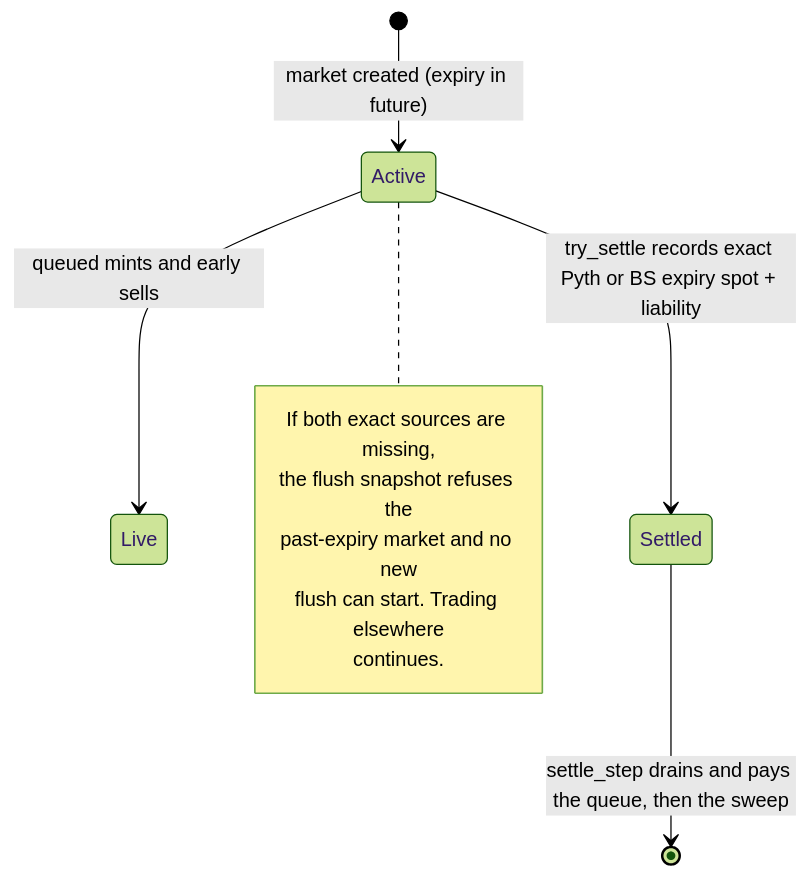
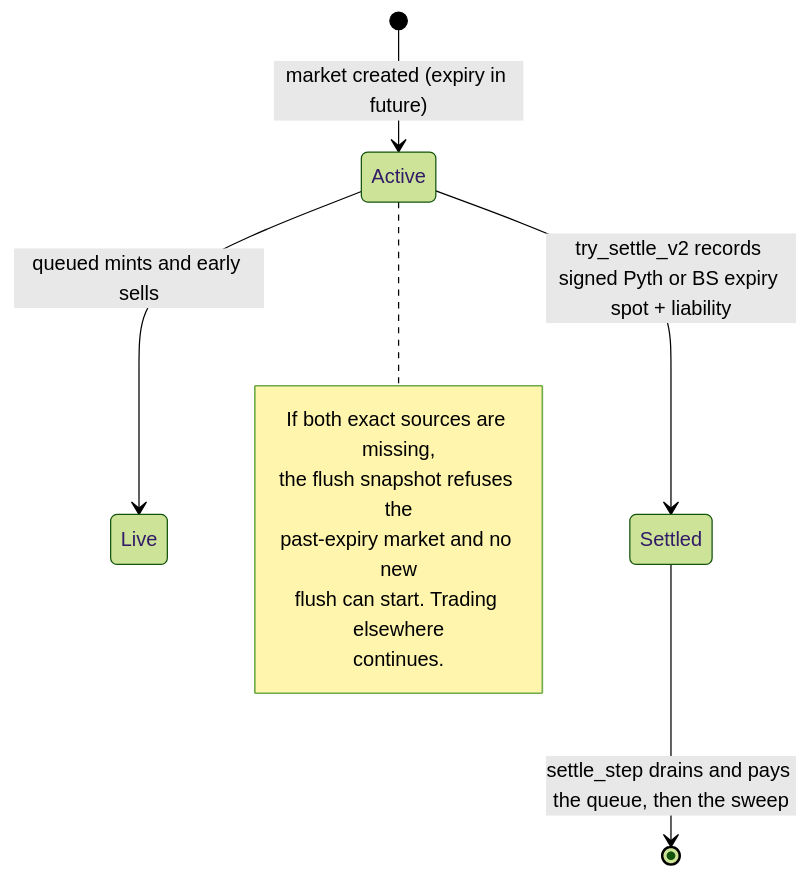
Before and after one commit to MystenLabs/deepbookv3: the diagram in packages/predict/docs/risks.md, drawn with Mermaid (forest theme). The commit also changed other lines of this file and 18 other files, not shown here.

````diff
--- a/packages/predict/docs/risks.md
+++ b/packages/predict/docs/risks.md
@@ -71,14 +67,14 @@
 ```mermaid
 stateDiagram-v2
     [*] --> Active: market created (expiry in future)
     Active --> Live: queued mints and early sells
-    Active --> Settled: try_settle records exact Pyth or BS expiry spot + liability
+    Active --> Settled: try_settle_v2 records signed Pyth or BS expiry spot + liability
     Settled --> [*]: settle_step drains and pays the queue, then the sweep
     note right of Active
       If both exact sources are missing,
       the flush snapshot refuses the
       past-expiry market and no new
       flush can start. Trading elsewhere
       continues.
     end note
 ```
````
